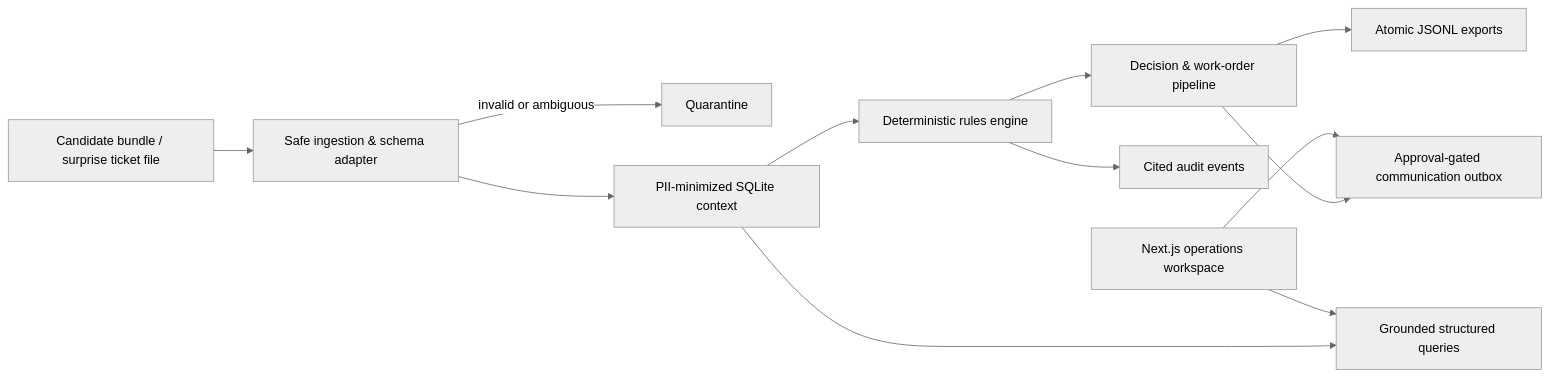
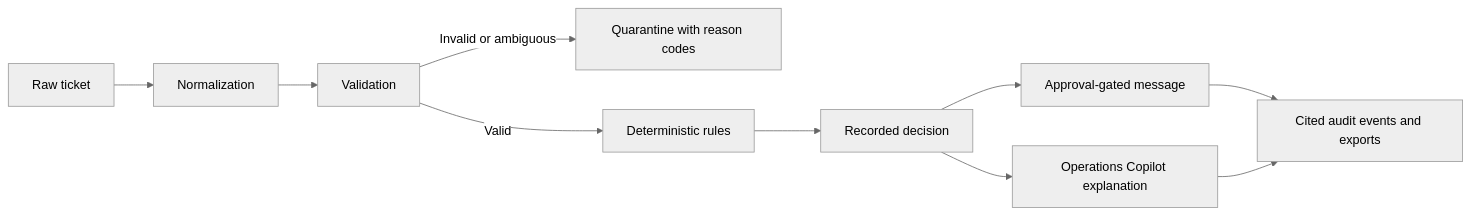
The second of 2 diagrams in README.md (tymepas/synq-ai-forward-deployment), drawn with Mermaid (neutral theme) before and after one commit. The commit also changed other lines of this file and 13 other files, not shown here.

````diff
--- a/README.md
+++ b/README.md
@@ -17,14 +83,12 @@
 ```mermaid
 flowchart LR
-    A[Candidate bundle / surprise ticket file] --> B[Safe ingestion & schema adapter]
-    B -->|invalid or ambiguous| Q[Quarantine]
-    B --> C[PII-minimized SQLite context]
-    C --> D[Deterministic rules engine]
-    D --> E[Decision & work-order pipeline]
-    E --> F[Approval-gated communication outbox]
-    E --> G[Atomic JSONL exports]
-    C --> H[Grounded structured queries]
-    D --> I[Cited audit events]
-    J[Next.js operations workspace] --> H
-    J --> F
+    A[Raw ticket] --> B[Normalization]
+    B --> C[Validation]
+    C -->|Invalid or ambiguous| Q[Quarantine with reason codes]
+    C -->|Valid| D[Deterministic rules]
+    D --> E[Recorded decision]
+    E --> F[Approval-gated message]
+    E --> G[Operations Copilot explanation]
+    F --> H[Cited audit events and exports]
+    G --> H
 ```
````
